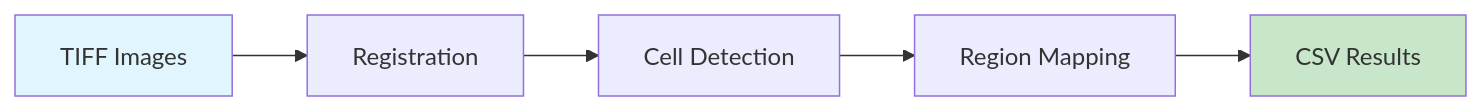
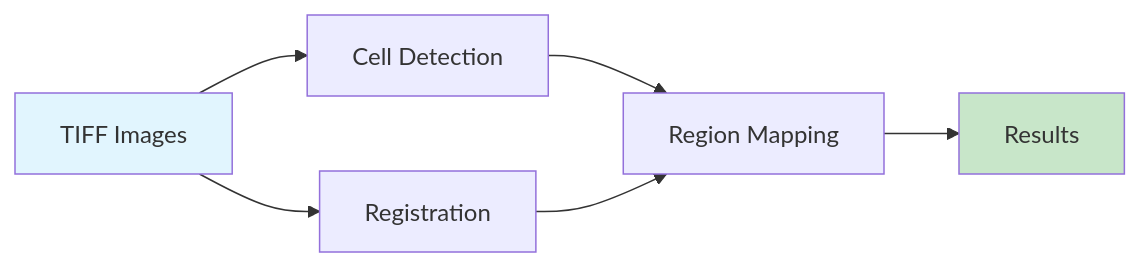
The diagram in docs/docs/index.md (tlee08/cellcounter), drawn with Mermaid before and after one commit. The commit also changed other lines of this file and 2 other files, not shown here.

````diff
--- a/docs/docs/index.md
+++ b/docs/docs/index.md
@@ -5,10 +5,11 @@
 ```mermaid
 flowchart LR
     A[TIFF Images] --> B[Registration]
-    B --> C[Cell Detection]
+    A --> C[Cell Detection]
     C --> D[Region Mapping]
-    D --> E[CSV Results]
+    B --> D
+    D --> E[Results]
 
     style A fill:#e1f5fe
     style E fill:#c8e6c9
 ```
````
